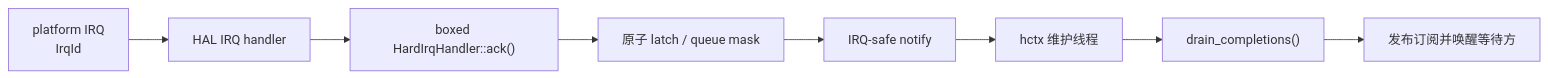
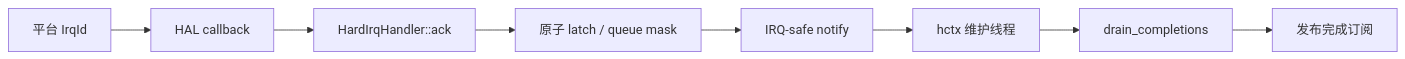
Before and after one commit to rcore-os/tgoskits: the second of 2 diagrams in docs/docs/architecture/driver/irq.md, drawn with Mermaid. The commit also changed other lines of this file and 10 other files, not shown here.

First line of the commit message:
Refactor network driver architecture and update documentation

````diff
--- a/docs/docs/architecture/driver/irq.md
+++ b/docs/docs/architecture/driver/irq.md
@@ -140,10 +160,10 @@
 ```mermaid
 flowchart LR
-    Irq["platform IRQ<br/>IrqId"] --> Handler["HAL IRQ handler"]
-    Handler --> Ack["boxed HardIrqHandler::ack()"]
-    Ack --> Latch["原子 latch / queue mask"]
-    Latch --> Notify["IRQ-safe notify"]
-    Notify --> Hctx["hctx 维护线程"]
-    Hctx --> Drain["drain_completions()"]
-    Drain --> Wake["发布订阅并唤醒等待方"]
+    Source[平台 IrqId] --> Callback[HAL callback]
+    Callback --> Ack[HardIrqHandler::ack]
+    Ack --> Latch[原子 latch / queue mask]
+    Latch --> Notify[IRQ-safe notify]
+    Notify --> Owner[hctx 维护线程]
+    Owner --> Drain[drain_completions]
+    Drain --> Completion[发布完成订阅]
 ```
````
